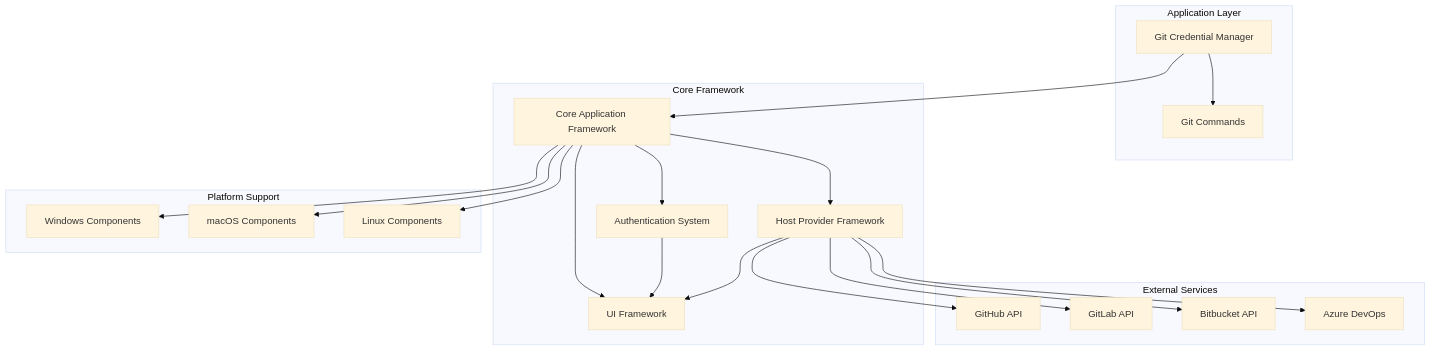
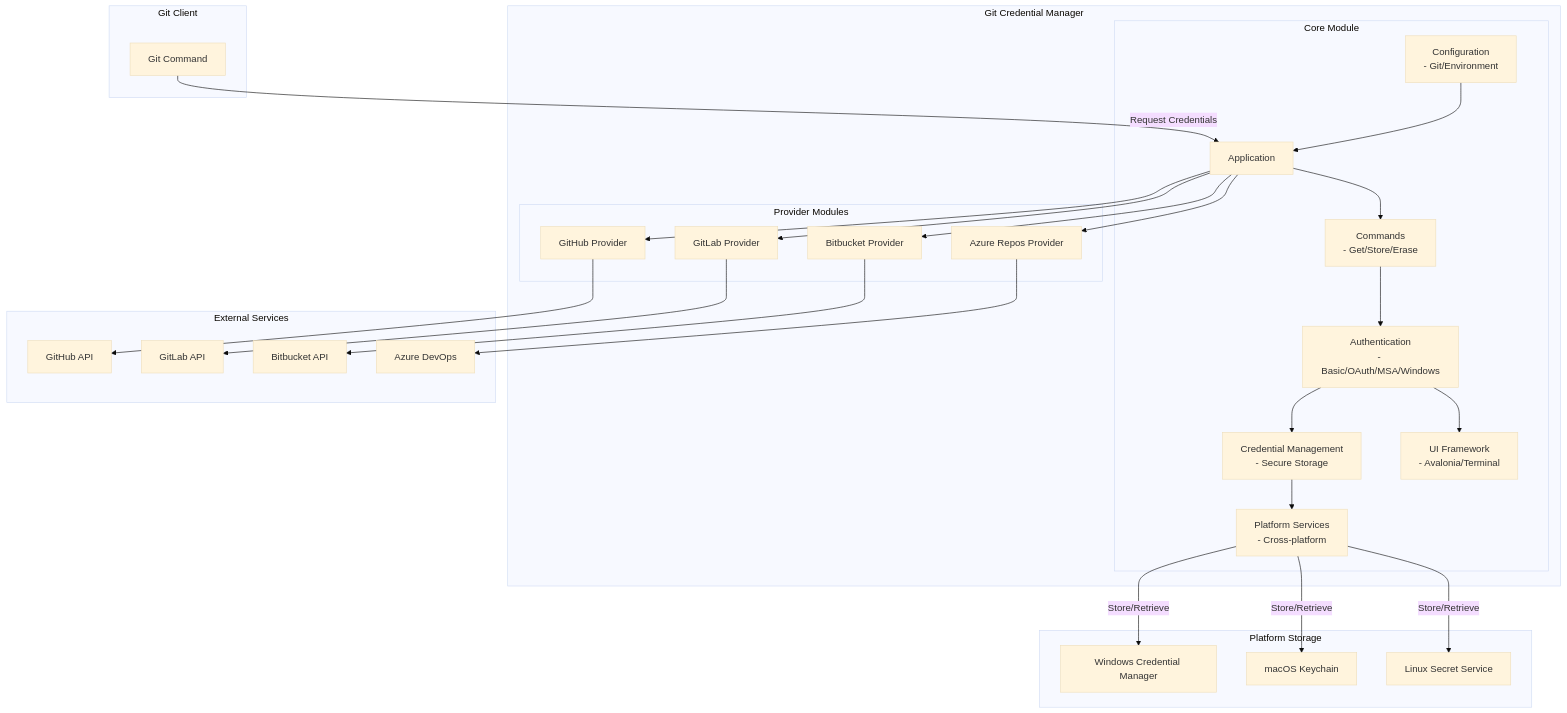
The diagram in docs/git-ecosystem--git-credential-manager-docs/overview.md (FSoft-AI4Code/codewiki-demo), drawn with Mermaid (base theme) before and after one commit. The commit also changed other lines of this file and 1103 other files, not shown here.

````diff
--- a/docs/git-ecosystem--git-credential-manager-docs/overview.md
+++ b/docs/git-ecosystem--git-credential-manager-docs/overview.md
@@ -11,45 +9,60 @@
 ```mermaid
 graph TB
-    subgraph "Application Layer"
-        GCM[Git Credential Manager]
-        Commands[Git Commands]
+    subgraph "Git Client"
+        GIT[Git Command]
     end
     
-    subgraph "Core Framework"
-        Core[Core Application Framework]
-        Auth[Authentication System]
-        Providers[Host Provider Framework]
-        UI[UI Framework]
-    end
-    
-    subgraph "Platform Support"
-        Windows[Windows Components]
-        macOS[macOS Components]
-        Linux[Linux Components]
+    subgraph "Git Credential Manager"
+        subgraph "Core Module"
+            APP[Application]
+            CMD[Commands<br/>- Get/Store/Erase]
+            AUTH[Authentication<br/>- Basic/OAuth/MSA/Windows]
+            CRED[Credential Management<br/>- Secure Storage]
+            CONFIG[Configuration<br/>- Git/Environment]
+            PLATFORM[Platform Services<br/>- Cross-platform]
+            UI[UI Framework<br/>- Avalonia/Terminal]
+        end
+        
+        subgraph "Provider Modules"
+            GH[GitHub Provider]
+            GL[GitLab Provider]
+            BB[Bitbucket Provider]
+            AZ[Azure Repos Provider]
+        end
     end
     
     subgraph "External Services"
-        GitHub[GitHub API]
-        GitLab[GitLab API]
-        Bitbucket[Bitbucket API]
-        Azure[Azure DevOps]
+        GHS[GitHub API]
+        GLS[GitLab API]
+        BBS[Bitbucket API]
+        AZS[Azure DevOps]
     end
     
-    GCM --> Commands
-    GCM --> Core
-    Core --> Auth
-    Core --> Providers
-    Core --> UI
+    subgraph "Platform Storage"
+        WIN[Windows Credential Manager]
+        MAC[macOS Keychain]
+        LIN[Linux Secret Service]
+    end
     
-    Providers --> GitHub
-    Providers --> GitLab
-    Providers --> Bitbucket
-    Providers --> Azure
+    GIT -->|Request Credentials| APP
+    APP --> CMD
+    CMD --> AUTH
+    AUTH --> CRED
+    CRED --> PLATFORM
+    PLATFORM -->|Store/Retrieve| WIN
+    PLATFORM -->|Store/Retrieve| MAC
+    PLATFORM -->|Store/Retrieve| LIN
     
-    Core --> Windows
-    Core --> macOS
-    Core --> Linux
+    APP --> GH
+    APP --> GL
+    APP --> BB
+    APP --> AZ
     
-    Auth --> UI
-    Providers --> UI
+    GH --> GHS
+    GL --> GLS
+    BB --> BBS
+    AZ --> AZS
+    
+    AUTH --> UI
+    CONFIG --> APP
 ```
````
